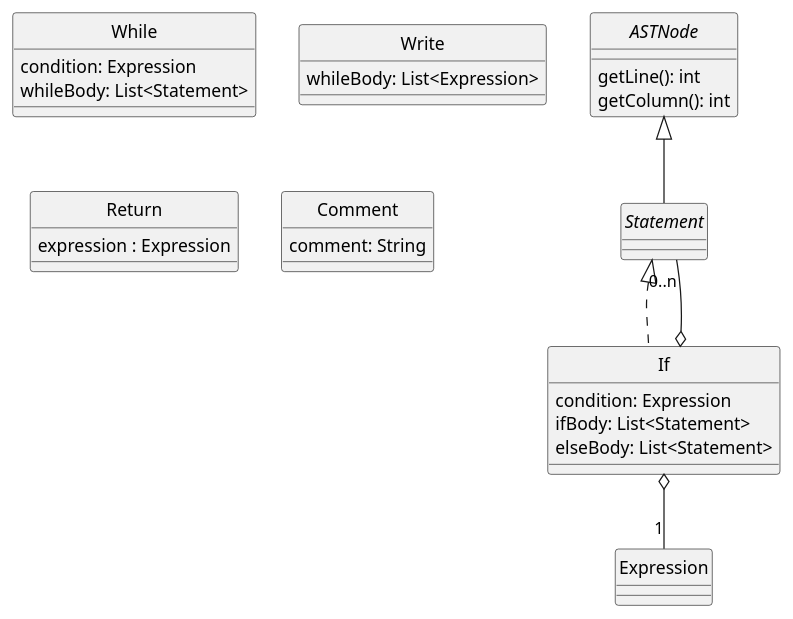
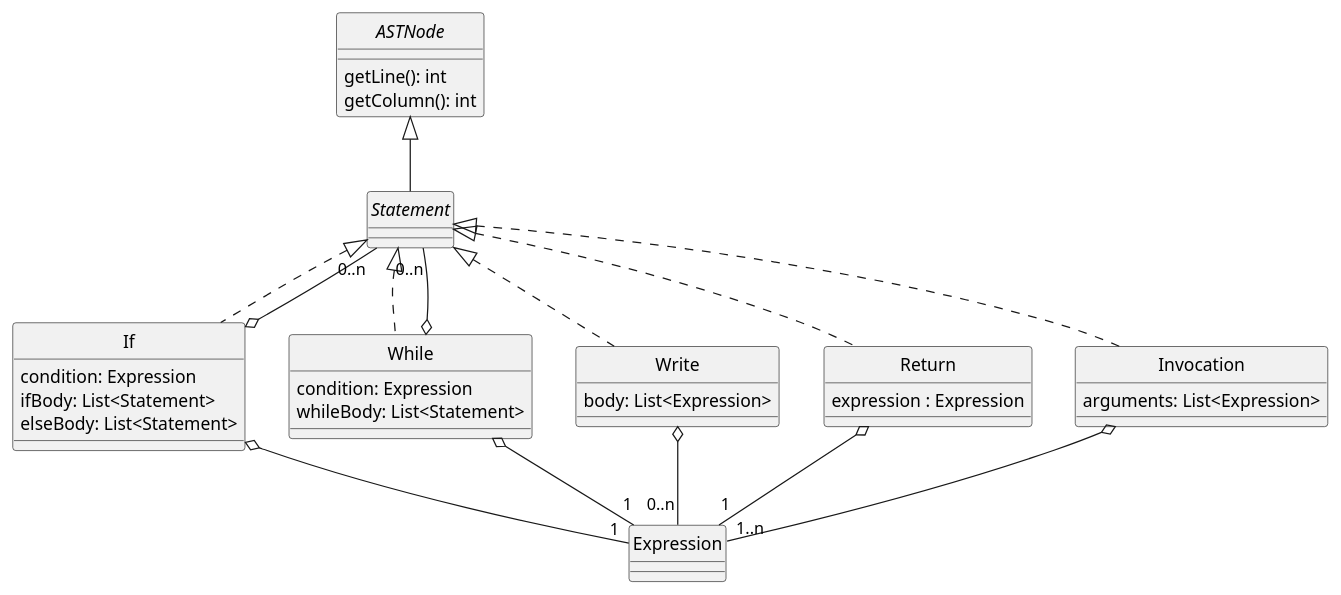
The diagram in docs/diagrams/statements.plantuml (uo277440/dlp-compiler), drawn with PlantUML before and after one commit. The commit also changed 9 other files, not shown here.

Commit message:
LAB 2 -> actualización diagramas

```diff
--- a/docs/diagrams/statements.plantuml
+++ b/docs/diagrams/statements.plantuml
@@ -1,40 +1,50 @@
 @startuml Statements
 skinparam style strictuml
 skinparam monochrome true
 
 
 interface ASTNode {
     getLine(): int
     getColumn(): int
 }
 
 interface Statement
 
 class If {
     condition: Expression
     ifBody: List<Statement>
     elseBody: List<Statement>
 }
 class While {
     condition: Expression
     whileBody: List<Statement>
 }
 class Write {
-    whileBody: List<Expression>
+    body: List<Expression>
 }
 class Return {
 expression : Expression
 }
-class Comment{
-comment: String
+class Invocation{
+    arguments: List<Expression>
 }
+
 
 
 ASTNode <|-- Statement
 Statement <|.. If
+Statement <|.. Invocation
+Statement <|.. Write
+Statement <|.. While
+Statement <|.. Return
 
 If o-- "1" Expression
 If o-- "0..n" Statement
+While o-- "1" Expression
+While o-- "0..n" Statement
+Write o-- "0..n" Expression
+Invocation o-- "1..n" Expression
+Return o-- "1" Expression
 
 
 @enduml
```
